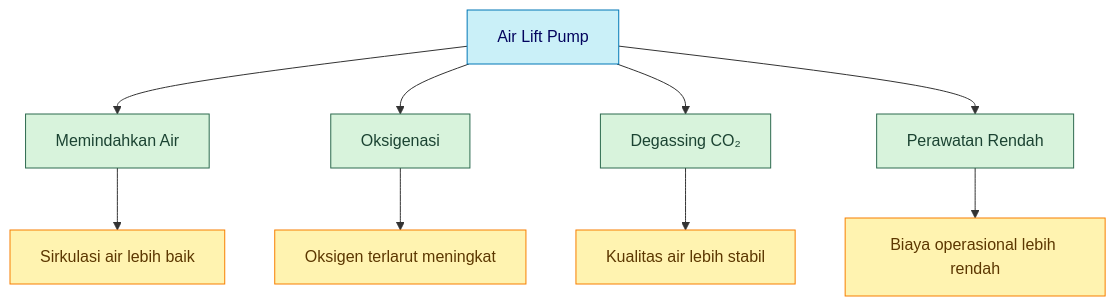
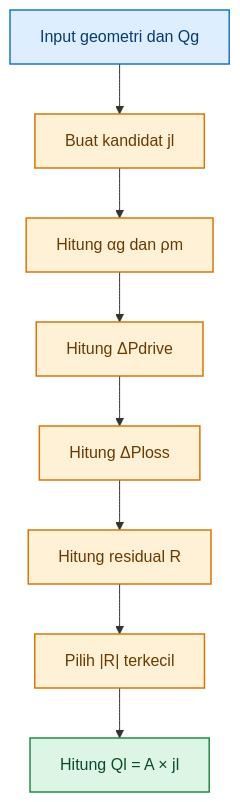
Diagram 13 of 42 in content/blog/agri/airlift-pump.mdx (slametsampon/kawruhnology), drawn with Mermaid before and after one commit. The commit also changed other lines of this file and 8 other files, not shown here.

Commit message:
update airlift pump, laju-air-fluida

````diff
--- a/content/blog/agri/airlift-pump.mdx
+++ b/content/blog/agri/airlift-pump.mdx
@@ -881,20 +2369,18 @@
-```mermaid
+```mermaid id="e3hmsc"
 flowchart TD
-    A[Air Lift Pump] --> B[Memindahkan Air]
-    A --> C[Oksigenasi]
-    A --> D[Degassing CO₂]
-    A --> E[Perawatan Rendah]
+    A["Input geometri dan Qg"] --> B["Buat kandidat jl"]
+    B --> C["Hitung αg dan ρm"]
+    C --> D["Hitung ΔPdrive"]
+    D --> E["Hitung ΔPloss"]
+    E --> F["Hitung residual R"]
+    F --> G["Pilih |R| terkecil"]
+    G --> H["Hitung Ql = A × jl"]
 
-    B --> F[Sirkulasi air lebih baik]
-    C --> G[Oksigen terlarut meningkat]
-    D --> H[Kualitas air lebih stabil]
-    E --> I[Biaya operasional lebih rendah]
+    classDef input fill:#DCEEFF,stroke:#1976D2,color:#073B73,stroke-width:1.5px;
+    classDef calc fill:#FFF1D6,stroke:#D97706,color:#6B3A00,stroke-width:1.5px;
+    classDef output fill:#DCF5E5,stroke:#218C4A,color:#0E4A27,stroke-width:1.5px;
 
-    classDef utama fill:#caf0f8,stroke:#0077b6,color:#03045e;
-    classDef fungsi fill:#d8f3dc,stroke:#2d6a4f,color:#1b4332;
-    classDef manfaat fill:#fff3b0,stroke:#f77f00,color:#5c3700;
-
-    class A utama;
-    class B,C,D,E fungsi;
-    class F,G,H,I manfaat;
+    class A input;
+    class B,C,D,E,F,G calc;
+    class H output;
 ```
````
